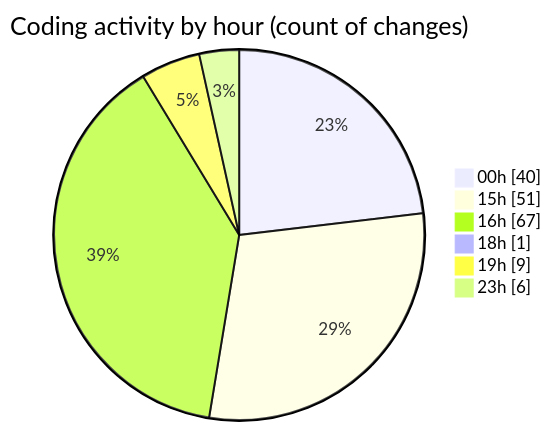
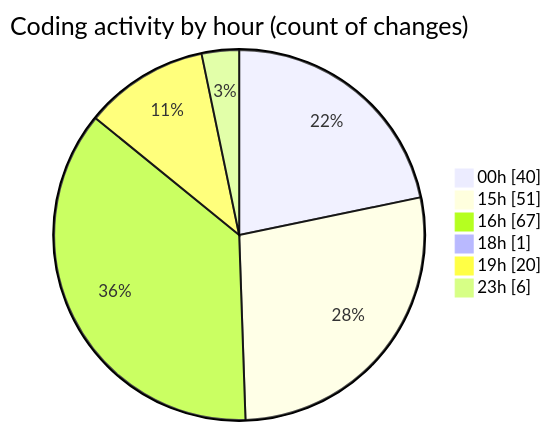
One commit to Netris89/code-tracking changed the second of 2 diagrams in 2025-05-03/date/README.md. Above: the diagram before and after it, drawn with Mermaid. The commit also changed other lines of this file and 1 other file, not shown here.

````diff
--- a/2025-05-03/date/README.md
+++ b/2025-05-03/date/README.md
@@ -39,10 +39,10 @@
 ```mermaid
 pie showData
 title Coding activity by hour (count of changes)
 "00h" : 40
 "15h" : 51
 "16h" : 67
 "18h" : 1
-"19h" : 9
+"19h" : 20
 "23h" : 6
 ```
````
